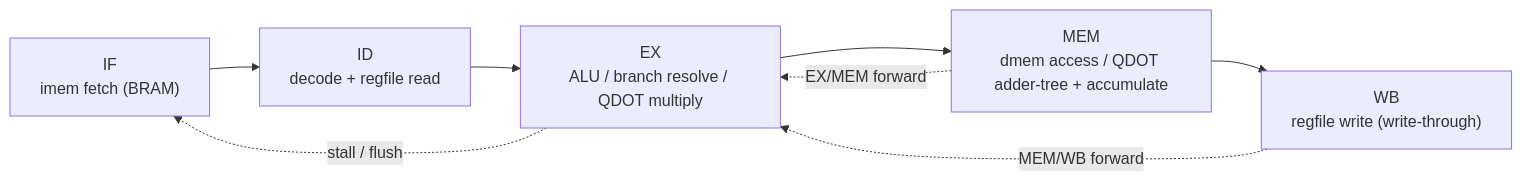
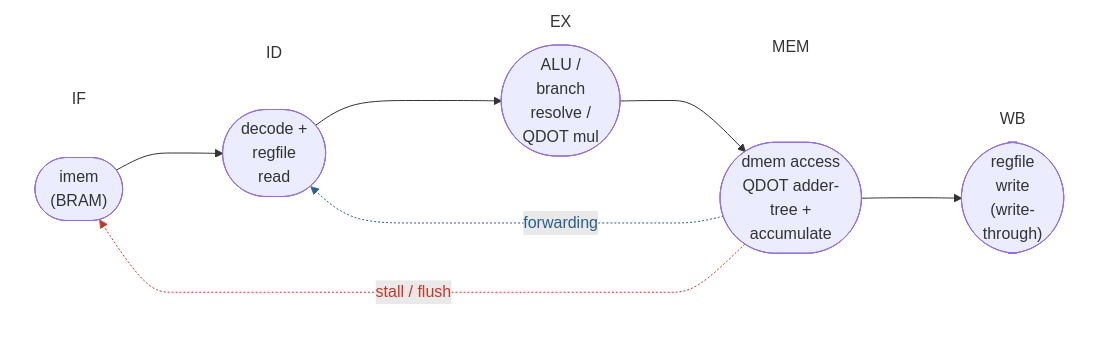
The diagram in README.md (Sanjayarasu-M/RISC-V), drawn with Mermaid before and after one commit.

Commit message:
docs: restyle pipeline diagram to match reference layout
Redo the Mermaid Architecture diagram to match a reference image the
user provided: stage names (IF/ID/EX/MEM/WB) sitting above rounded
boxes (via borderless subgraphs) instead of inside them, a single blue
"forwarding" arrow from MEM into ID, and a single red "stall / flush"
arrow from MEM into IF -- a simplified overview diagram; the precise
per-stage forwarding/stall behavior (EX/MEM and MEM/WB into EX
specifically) remains documented in the bullets directly below it.

````diff
--- a/README.md
+++ b/README.md
@@ -112,11 +112,31 @@
 ```mermaid
 flowchart LR
-    IF["IF<br/>imem fetch (BRAM)"] --> ID["ID<br/>decode + regfile read"]
-    ID --> EX["EX<br/>ALU / branch resolve / QDOT multiply"]
-    EX --> MEM["MEM<br/>dmem access / QDOT adder-tree + accumulate"]
-    MEM --> WB["WB<br/>regfile write (write-through)"]
+    subgraph IF [IF]
+        n1(["imem<br/>(BRAM)"])
+    end
+    subgraph ID [ID]
+        n2(["decode +<br/>regfile<br/>read"])
+    end
+    subgraph EX [EX]
+        n3(["ALU /<br/>branch<br/>resolve /<br/>QDOT mul"])
+    end
+    subgraph MEM [MEM]
+        n4(["dmem access<br/>QDOT adder-<br/>tree +<br/>accumulate"])
+    end
+    subgraph WB [WB]
+        n5(["regfile<br/>write<br/>(write-<br/>through)"])
+    end
 
-    MEM -. "EX/MEM forward" .-> EX
-    WB -. "MEM/WB forward" .-> EX
-    EX -. "stall / flush" .-> IF
+    n1 --> n2 --> n3 --> n4 --> n5
+    n4 -. forwarding .-> n2
+    n4 -. "stall / flush" .-> n1
+
+    style IF fill:none,stroke:none
+    style ID fill:none,stroke:none
+    style EX fill:none,stroke:none
+    style MEM fill:none,stroke:none
+    style WB fill:none,stroke:none
+
+    linkStyle 4 stroke:#2c5f8a,color:#2c5f8a
+    linkStyle 5 stroke:#c0392b,color:#c0392b
 ```
````
